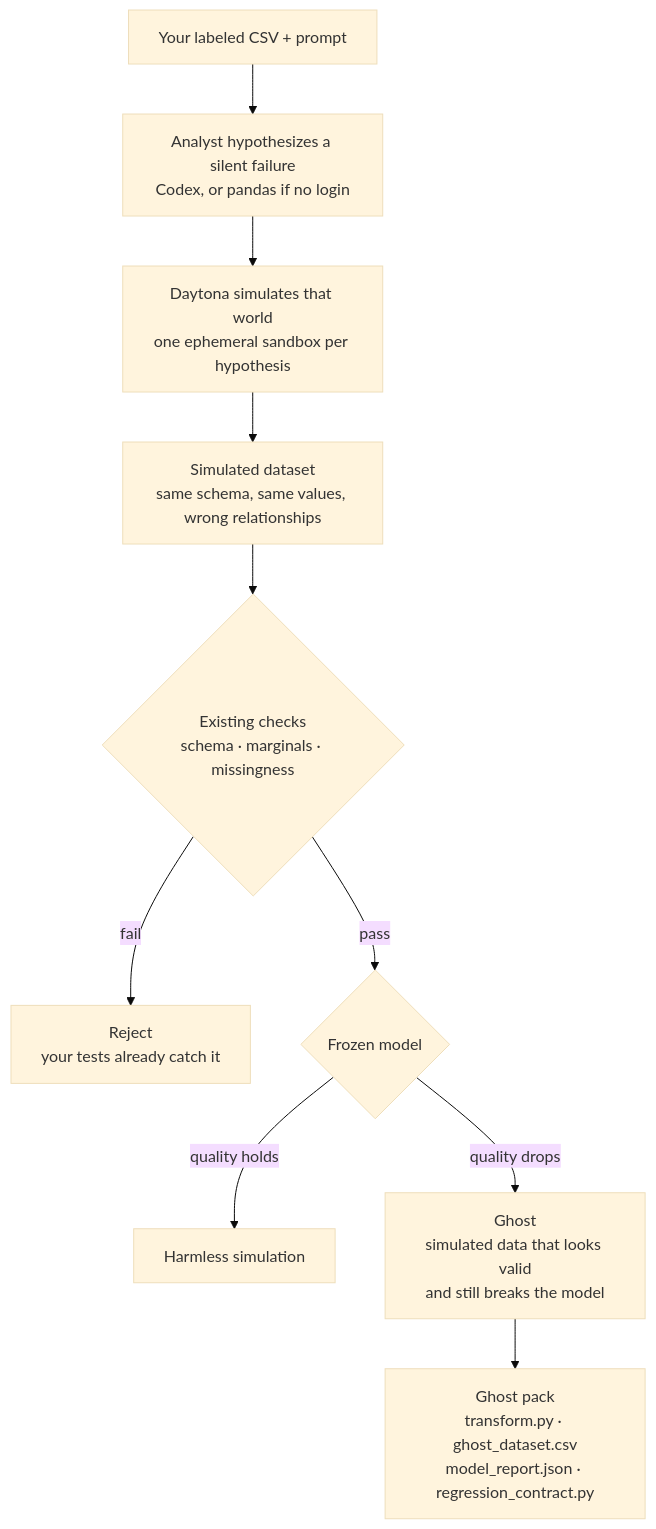
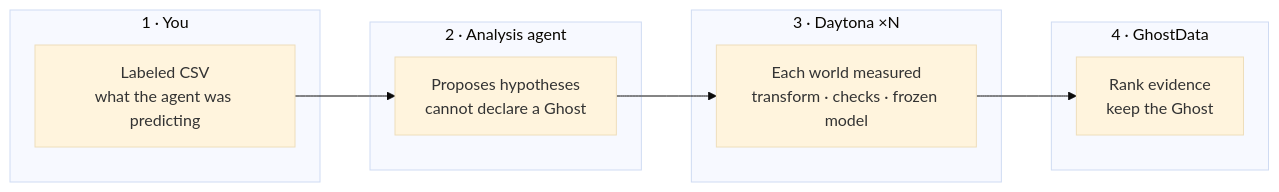
One commit to licongxu/GhostData changed the diagram in README.md. Above: the diagram before and after it, drawn with Mermaid (base theme). The commit also changed other lines of this file and 3 other files, not shown here.

First line of the commit message:
Position GhostData as a verification layer for data-analysis agents.

````diff
--- a/README.md
+++ b/README.md
@@ -13,16 +18,16 @@
 ```mermaid
-flowchart TB
-  R["Your labeled CSV + prompt"] --> A["Analyst hypothesizes a silent failure<br/>Codex, or pandas if no login"]
-
-  A --> D["Daytona simulates that world<br/>one ephemeral sandbox per hypothesis"]
-  D --> S["Simulated dataset<br/>same schema, same values, wrong relationships"]
-
-  S --> C{"Existing checks<br/>schema · marginals · missingness"}
-  C -->|fail| X["Reject<br/>your tests already catch it"]
-  C -->|pass| M{"Frozen model"}
-
-  M -->|quality holds| H["Harmless simulation"]
-  M -->|quality drops| G["Ghost<br/>simulated data that looks valid<br/>and still breaks the model"]
-
-  G --> Pack["Ghost pack<br/>transform.py · ghost_dataset.csv<br/>model_report.json · regression_contract.py"]
+flowchart LR
+  subgraph you [1 · You]
+    A["Labeled CSV<br/>what the agent was predicting"]
+  end
+  subgraph agent [2 · Analysis agent]
+    B["Proposes hypotheses<br/>cannot declare a Ghost"]
+  end
+  subgraph daytona [3 · Daytona ×N]
+    C["Each world measured<br/>transform · checks · frozen model"]
+  end
+  subgraph host [4 · GhostData]
+    D["Rank evidence<br/>keep the Ghost"]
+  end
+  A --> B --> C --> D
 ```
````
